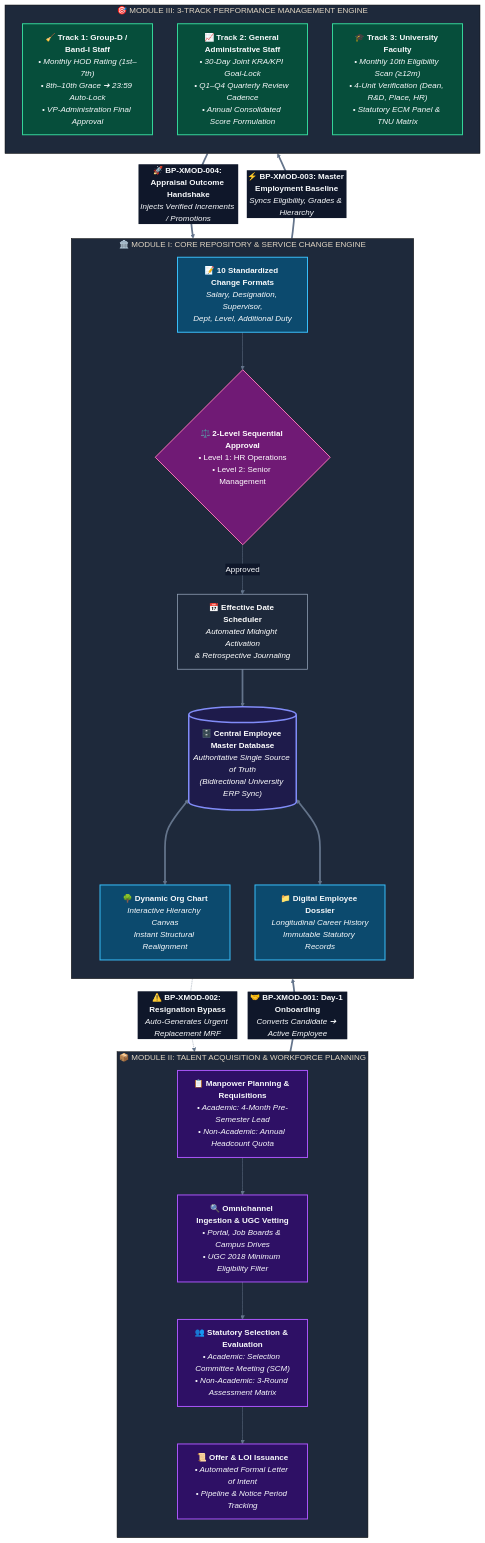
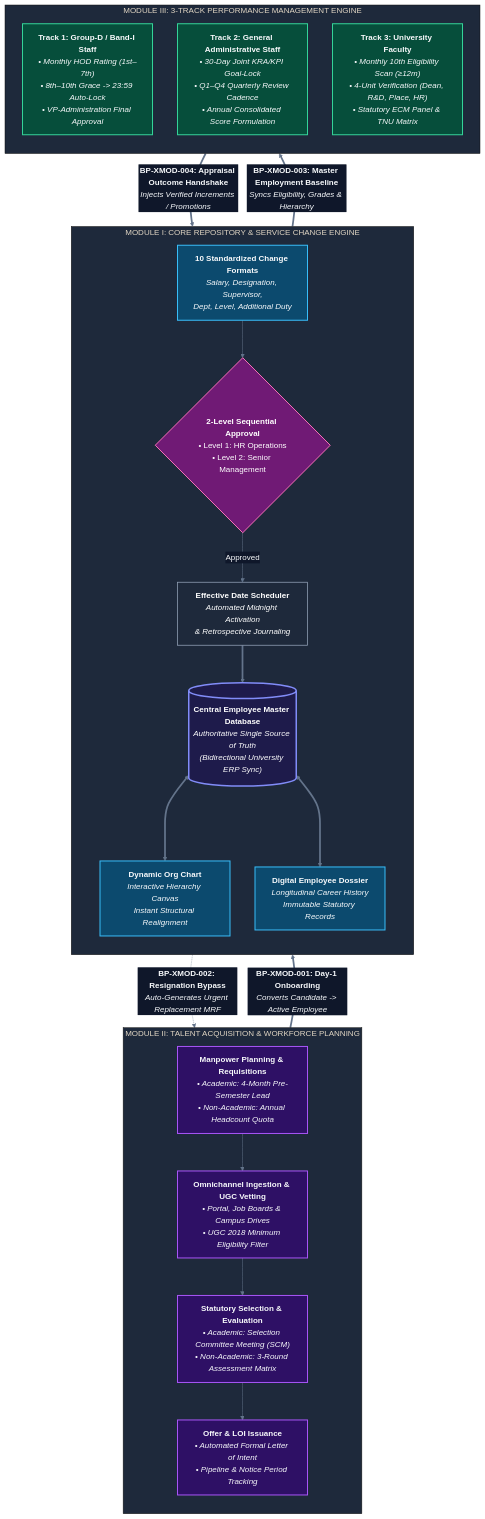
Before and after one commit to Aditya11o/HR-CHANGE-MANAGEMENT-SYSTEM: the diagram in README.md, drawn with Mermaid. The commit also changed 8 other files, not shown here.

Commit message:
docs: add system architecture, test strategy, deployment guide, and requirements specifications

````diff
--- a/README.md
+++ b/README.md
@@ -19,63 +19,63 @@
 ```mermaid
 %%{init: {'theme': 'base', 'themeVariables': { 'primaryColor': '#1e293b', 'primaryTextColor': '#f8fafc', 'primaryBorderColor': '#38bdf8', 'lineColor': '#64748b', 'secondaryColor': '#0f172a', 'tertiaryColor': '#1e293b'}}}%%
 flowchart TD
     %% -------------------------------------------------------------
     %% STYLING DEFINITIONS
     %% -------------------------------------------------------------
     classDef modPurple fill:#2e1065,stroke:#a855f7,stroke-width:2px,color:#f8fafc;
     classDef modBlue fill:#0c4a6e,stroke:#38bdf8,stroke-width:2px,color:#f8fafc;
     classDef modGreen fill:#064e3b,stroke:#34d399,stroke-width:2px,color:#f8fafc;
     classDef databaseNode fill:#1e1b4b,stroke:#818cf8,stroke-width:3px,color:#ffffff;
     classDef decisionNode fill:#701a75,stroke:#f472b6,stroke-width:2px,color:#ffffff;
     classDef actionNode fill:#1e293b,stroke:#94a3b8,stroke-width:1.5px,color:#ffffff;
 
     %% -------------------------------------------------------------
     %% MODULE II: TALENT ACQUISITION
     %% -------------------------------------------------------------
-    subgraph MOD2 ["📦 MODULE II: TALENT ACQUISITION & WORKFORCE PLANNING"]
+    subgraph MOD2 ["MODULE II: TALENT ACQUISITION & WORKFORCE PLANNING"]
         direction TB
-        M2_REQ["📋 <b>Manpower Planning & Requisitions</b><br/><i>• Academic: 4-Month Pre-Semester Lead<br/>• Non-Academic: Annual Headcount Quota</i>"]:::modPurple
-        M2_SRC["🔍 <b>Omnichannel Ingestion & UGC Vetting</b><br/><i>• Portal, Job Boards & Campus Drives<br/>• UGC 2018 Minimum Eligibility Filter</i>"]:::modPurple
-        M2_SEL["👥 <b>Statutory Selection & Evaluation</b><br/><i>• Academic: Selection Committee Meeting (SCM)<br/>• Non-Academic: 3-Round Assessment Matrix</i>"]:::modPurple
-        M2_LOI["📜 <b>Offer & LOI Issuance</b><br/><i>• Automated Formal Letter of Intent<br/>• Pipeline & Notice Period Tracking</i>"]:::modPurple
+        M2_REQ["<b>Manpower Planning & Requisitions</b><br/><i>• Academic: 4-Month Pre-Semester Lead<br/>• Non-Academic: Annual Headcount Quota</i>"]:::modPurple
+        M2_SRC["<b>Omnichannel Ingestion & UGC Vetting</b><br/><i>• Portal, Job Boards & Campus Drives<br/>• UGC 2018 Minimum Eligibility Filter</i>"]:::modPurple
+        M2_SEL["<b>Statutory Selection & Evaluation</b><br/><i>• Academic: Selection Committee Meeting (SCM)<br/>• Non-Academic: 3-Round Assessment Matrix</i>"]:::modPurple
+        M2_LOI["<b>Offer & LOI Issuance</b><br/><i>• Automated Formal Letter of Intent<br/>• Pipeline & Notice Period Tracking</i>"]:::modPurple
 
         M2_REQ --> M2_SRC --> M2_SEL --> M2_LOI
     end
 
     %% -------------------------------------------------------------
     %% MODULE I: CORE REPOSITORY & CHANGE MANAGEMENT ENGINE
     %% -------------------------------------------------------------
-    subgraph MOD1 ["🏛️ MODULE I: CORE REPOSITORY & SERVICE CHANGE ENGINE"]
+    subgraph MOD1 ["MODULE I: CORE REPOSITORY & SERVICE CHANGE ENGINE"]
         direction TB
-        M1_CDB[("🗄️ <b>Central Employee Master Database</b><br/><i>Authoritative Single Source of Truth<br/>(Bidirectional University ERP Sync)</i>")]:::databaseNode
-        M1_ORG["🌳 <b>Dynamic Org Chart</b><br/><i>Interactive Hierarchy Canvas<br/>Instant Structural Realignment</i>"]:::modBlue
-        M1_DOS["📁 <b>Digital Employee Dossier</b><br/><i>Longitudinal Career History<br/>Immutable Statutory Records</i>"]:::modBlue
-        M1_CHG["📝 <b>10 Standardized Change Formats</b><br/><i>Salary, Designation, Supervisor,<br/>Dept, Level, Additional Duty</i>"]:::modBlue
-        M1_APP{"⚖️ <b>2-Level Sequential Approval</b><br/>• Level 1: HR Operations<br/>• Level 2: Senior Management"}:::decisionNode
-        M1_EFF["📅 <b>Effective Date Scheduler</b><br/><i>Automated Midnight Activation<br/>& Retrospective Journaling</i>"]:::actionNode
+        M1_CDB[("<b>Central Employee Master Database</b><br/><i>Authoritative Single Source of Truth<br/>(Bidirectional University ERP Sync)</i>")]:::databaseNode
+        M1_ORG["<b>Dynamic Org Chart</b><br/><i>Interactive Hierarchy Canvas<br/>Instant Structural Realignment</i>"]:::modBlue
+        M1_DOS["<b>Digital Employee Dossier</b><br/><i>Longitudinal Career History<br/>Immutable Statutory Records</i>"]:::modBlue
+        M1_CHG["<b>10 Standardized Change Formats</b><br/><i>Salary, Designation, Supervisor,<br/>Dept, Level, Additional Duty</i>"]:::modBlue
+        M1_APP{"<b>2-Level Sequential Approval</b><br/>• Level 1: HR Operations<br/>• Level 2: Senior Management"}:::decisionNode
+        M1_EFF["<b>Effective Date Scheduler</b><br/><i>Automated Midnight Activation<br/>& Retrospective Journaling</i>"]:::actionNode
 
         M1_CDB <===> M1_ORG
         M1_CDB <===> M1_DOS
         M1_CHG --> M1_APP
         M1_APP -- " Approved " --> M1_EFF
         M1_EFF ==> M1_CDB
     end
 
     %% -------------------------------------------------------------
     %% MODULE III: PERFORMANCE MANAGEMENT ENGINE
     %% -------------------------------------------------------------
-    subgraph MOD3 ["🎯 MODULE III: 3-TRACK PERFORMANCE MANAGEMENT ENGINE"]
+    subgraph MOD3 ["MODULE III: 3-TRACK PERFORMANCE MANAGEMENT ENGINE"]
         direction TB
-        M3_GPD["🧹 <b>Track 1: Group-D / Band-I Staff</b><br/><i>• Monthly HOD Rating (1st–7th)<br/>• 8th–10th Grace ➔ 23:59 Auto-Lock<br/>• VP-Administration Final Approval</i>"]:::modGreen
-        M3_KRA["📈 <b>Track 2: General Administrative Staff</b><br/><i>• 30-Day Joint KRA/KPI Goal-Lock<br/>• Q1–Q4 Quarterly Review Cadence<br/>• Annual Consolidated Score Formulation</i>"]:::modGreen
-        M3_ECM["🎓 <b>Track 3: University Faculty</b><br/><i>• Monthly 10th Eligibility Scan (≥12m)<br/>• 4-Unit Verification (Dean, R&D, Place, HR)<br/>• Statutory ECM Panel & TNU Matrix</i>"]:::modGreen
+        M3_GPD["<b>Track 1: Group-D / Band-I Staff</b><br/><i>• Monthly HOD Rating (1st–7th)<br/>• 8th–10th Grace -> 23:59 Auto-Lock<br/>• VP-Administration Final Approval</i>"]:::modGreen
+        M3_KRA["<b>Track 2: General Administrative Staff</b><br/><i>• 30-Day Joint KRA/KPI Goal-Lock<br/>• Q1–Q4 Quarterly Review Cadence<br/>• Annual Consolidated Score Formulation</i>"]:::modGreen
+        M3_ECM["<b>Track 3: University Faculty</b><br/><i>• Monthly 10th Eligibility Scan (≥12m)<br/>• 4-Unit Verification (Dean, R&D, Place, HR)<br/>• Statutory ECM Panel & TNU Matrix</i>"]:::modGreen
     end
 
     %% -------------------------------------------------------------
     %% INTER-MODULE LIFECYCLE HANDSHAKES
     %% -------------------------------------------------------------
-    M2_LOI ==>|"🤝 <b>BP-XMOD-001: Day-1 Onboarding</b><br/><i>Converts Candidate ➔ Active Employee</i>"| M1_CDB
-    M1_CDB ==>|"⚡ <b>BP-XMOD-003: Master Employment Baseline</b><br/><i>Syncs Eligibility, Grades & Hierarchy</i>"| MOD3
-    MOD3 ==>|"🚀 <b>BP-XMOD-004: Appraisal Outcome Handshake</b><br/><i>Injects Verified Increments / Promotions</i>"| M1_CHG
-    M1_CDB -.->|"⚠️ <b>BP-XMOD-002: Resignation Bypass</b><br/><i>Auto-Generates Urgent Replacement MRF</i>"| M2_REQ
+    M2_LOI ==>|"<b>BP-XMOD-001: Day-1 Onboarding</b><br/><i>Converts Candidate -> Active Employee</i>"| M1_CDB
+    M1_CDB ==>|"<b>BP-XMOD-003: Master Employment Baseline</b><br/><i>Syncs Eligibility, Grades & Hierarchy</i>"| MOD3
+    MOD3 ==>|"<b>BP-XMOD-004: Appraisal Outcome Handshake</b><br/><i>Injects Verified Increments / Promotions</i>"| M1_CHG
+    M1_CDB -.->|"<b>BP-XMOD-002: Resignation Bypass</b><br/><i>Auto-Generates Urgent Replacement MRF</i>"| M2_REQ
 ```
````
